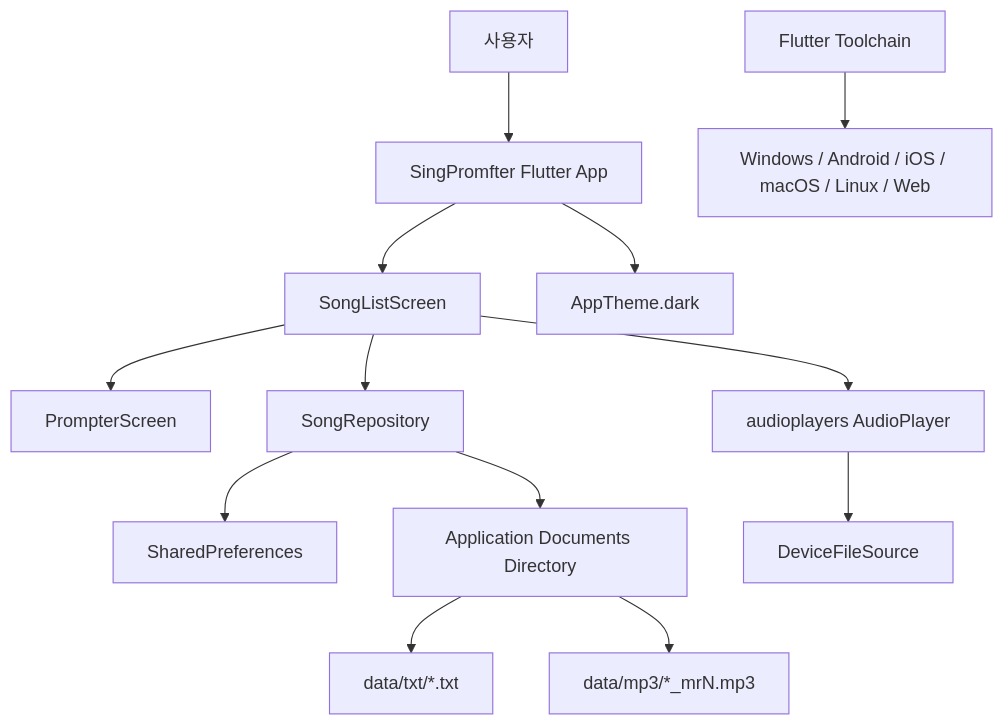
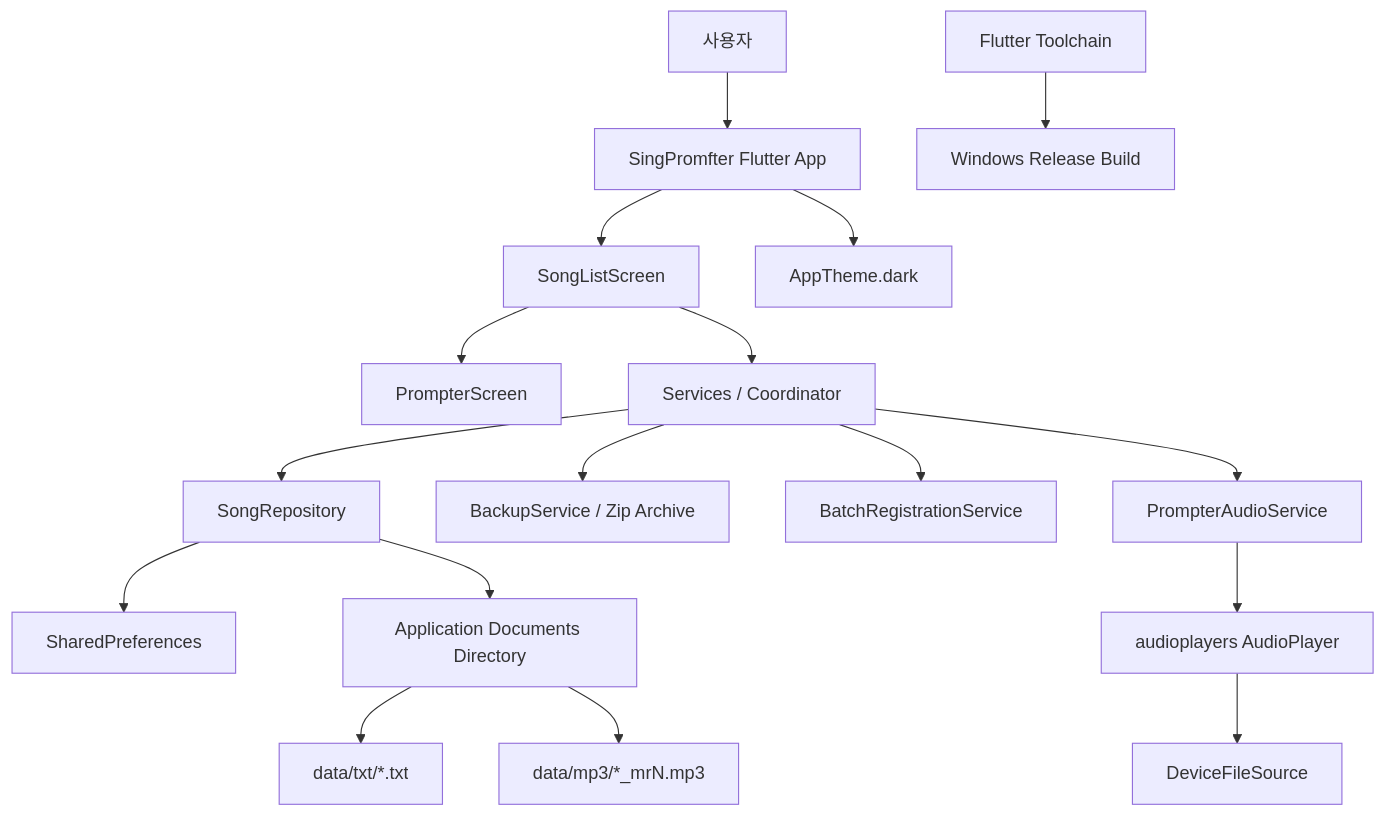
One commit to kuroicode-beep/SingPromfter changed the diagram in docs/outline-wiki/singpromfter-architecture.md. Above: the diagram before and after it, drawn with Mermaid. The commit also changed other lines of this file and 10 other files, not shown here.

````diff
--- a/docs/outline-wiki/singpromfter-architecture.md
+++ b/docs/outline-wiki/singpromfter-architecture.md
@@ -12,15 +13,19 @@
 ```mermaid
 flowchart TD
   User["사용자"] --> App["SingPromfter Flutter App"]
   App --> Main["SongListScreen"]
   Main --> Prompter["PrompterScreen"]
-  Main --> Repo["SongRepository"]
+  Main --> Services["Services / Coordinator"]
+  Services --> Repo["SongRepository"]
   Repo --> Prefs["SharedPreferences"]
   Repo --> Docs["Application Documents Directory"]
   Docs --> Txt["data/txt/*.txt"]
   Docs --> Mp3["data/mp3/*_mrN.mp3"]
-  Main --> Audio["audioplayers AudioPlayer"]
-  Audio --> DeviceFile["DeviceFileSource"]
+  Services --> Backup["BackupService / Zip Archive"]
+  Services --> Batch["BatchRegistrationService"]
+  Services --> Audio["PrompterAudioService"]
+  Audio --> Player["audioplayers AudioPlayer"]
+  Player --> DeviceFile["DeviceFileSource"]
   App --> Theme["AppTheme.dark"]
-  Flutter["Flutter Toolchain"] --> Builds["Windows / Android / iOS / macOS / Linux / Web"]
+  Flutter["Flutter Toolchain"] --> Builds["Windows Release Build"]
 ```
````
